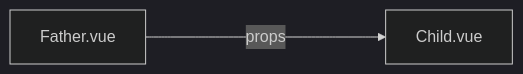
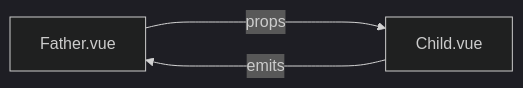
Before and after one commit to chengpeiquan/learning-vue3: the diagram in docs/communication.md, drawn with Mermaid (dark theme). The commit also changed other lines of this file and 5 other files, not shown here.

````diff
--- a/docs/communication.md
+++ b/docs/communication.md
@@ -31,4 +25,4 @@
 ```mermaid
 graph LR
-    Father.vue -- props -----> Child.vue
+    Father.vue -- props -----> Child.vue -- emits -----> Father.vue
 ```
````
